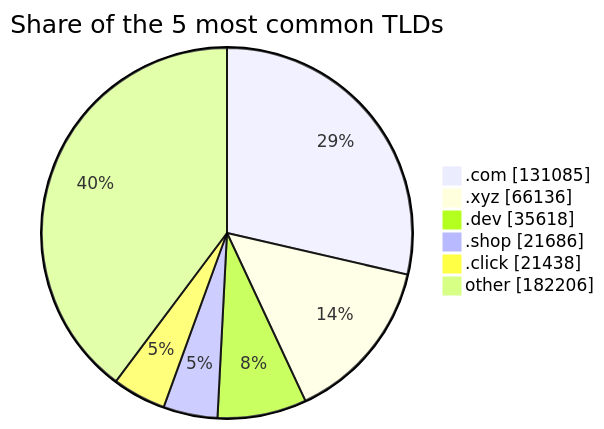
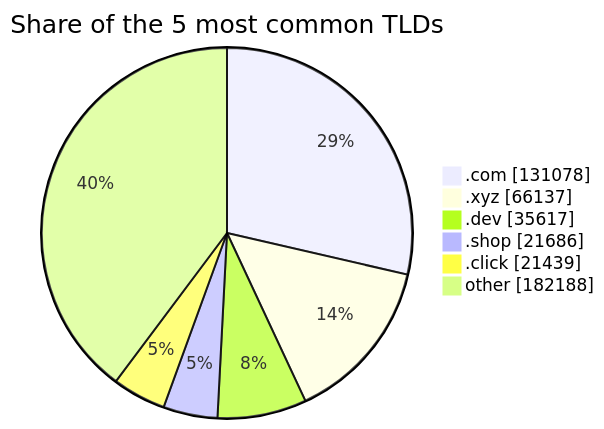
The third of 3 diagrams in README.md (DNSBunker/CTI), drawn with Mermaid before and after one commit. The commit also changed other lines of this file and 3 other files, not shown here.

````diff
--- a/README.md
+++ b/README.md
@@ -81,9 +81,9 @@
 ```mermaid
 pie showData title Share of the 5 most common TLDs
-    ".com" : 131085
-    ".xyz" : 66136
-    ".dev" : 35618
+    ".com" : 131078
+    ".xyz" : 66137
+    ".dev" : 35617
     ".shop" : 21686
-    ".click" : 21438
-    "other" : 182206
+    ".click" : 21439
+    "other" : 182188
 ```
````
